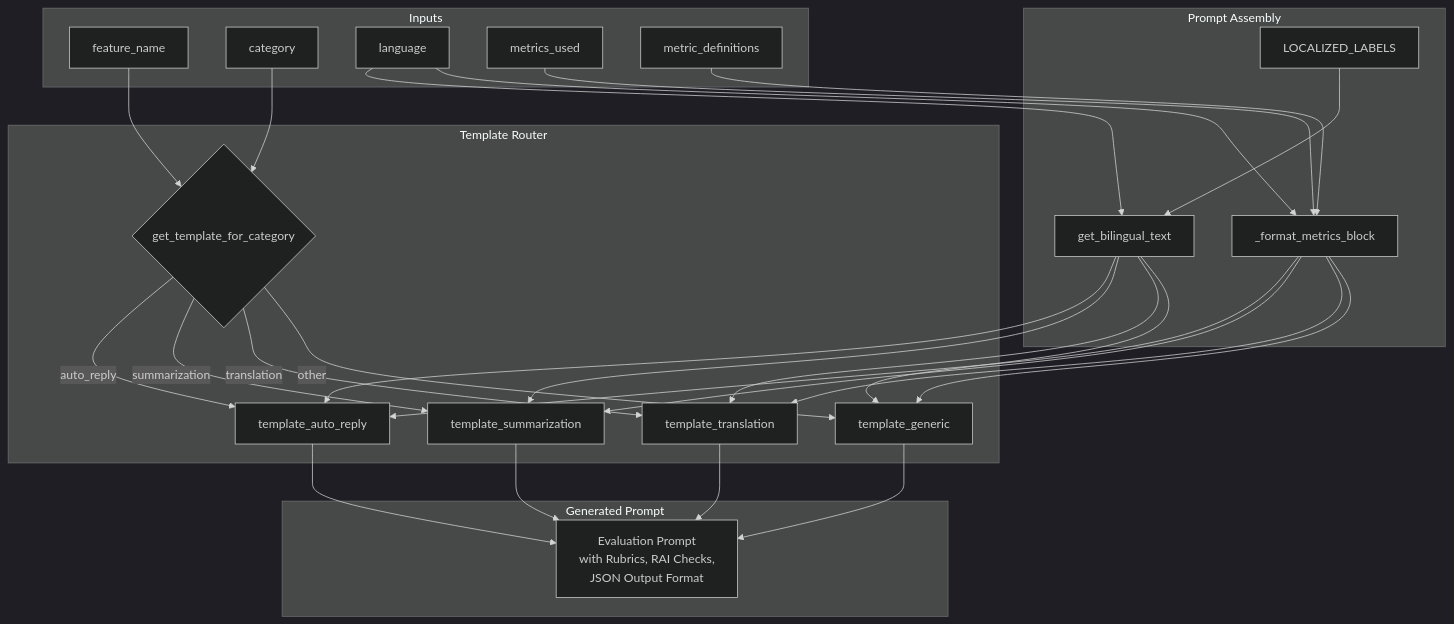
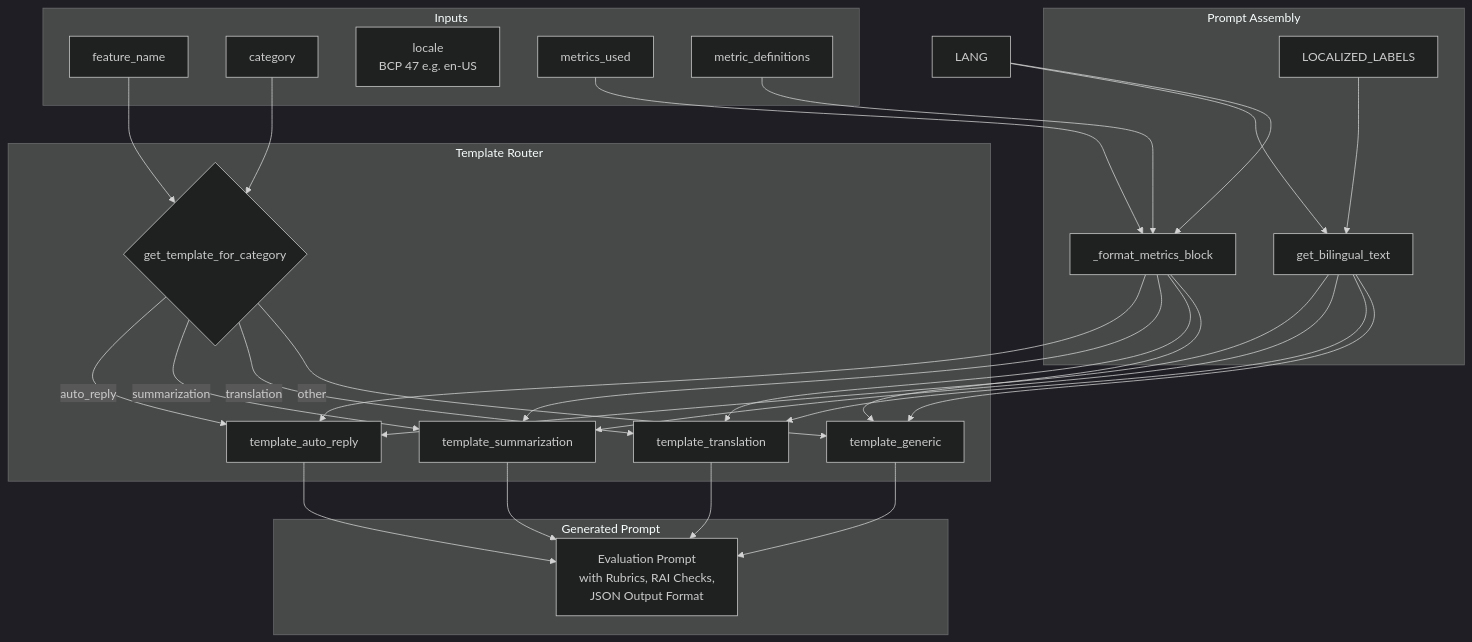
Before and after one commit to hshujuan/MetaFeature-Orchestrator: the tenth of 12 diagrams in TechnicalDocs/ArchitectureOverview.md, drawn with Mermaid (dark theme). The commit also changed other lines of this file and 3 other files, not shown here.

````diff
--- a/TechnicalDocs/ArchitectureOverview.md
+++ b/TechnicalDocs/ArchitectureOverview.md
@@ -627,55 +627,55 @@
 ```mermaid
 flowchart TB
     subgraph Input["Inputs"]
         FN[feature_name]
         CAT[category]
-        LANG[language]
+        LOCALE[locale<br/>BCP 47 e.g. en-US]
         METRICS[metrics_used]
         DEFS[metric_definitions]
     end
     
     subgraph Router["Template Router"]
         SELECT{get_template_for_category}
         AUTO[template_auto_reply]
         SUM[template_summarization]
         TRANS[template_translation]
         GEN[template_generic]
     end
     
     subgraph Assembly["Prompt Assembly"]
         BILINGUAL[get_bilingual_text]
         FORMAT[_format_metrics_block]
         LABELS[LOCALIZED_LABELS]
     end
     
     subgraph Output["Generated Prompt"]
         EVAL[Evaluation Prompt<br/>with Rubrics, RAI Checks,<br/>JSON Output Format]
     end
     
     FN --> SELECT
     CAT --> SELECT
     SELECT -->|auto_reply| AUTO
     SELECT -->|summarization| SUM
     SELECT -->|translation| TRANS
     SELECT -->|other| GEN
     
     LANG --> BILINGUAL
     LABELS --> BILINGUAL
     
     METRICS --> FORMAT
     DEFS --> FORMAT
     LANG --> FORMAT
     
     AUTO --> EVAL
     SUM --> EVAL
     TRANS --> EVAL
     GEN --> EVAL
     BILINGUAL --> AUTO
     BILINGUAL --> SUM
     BILINGUAL --> TRANS
     BILINGUAL --> GEN
     FORMAT --> AUTO
     FORMAT --> SUM
     FORMAT --> TRANS
     FORMAT --> GEN
 ```
````
